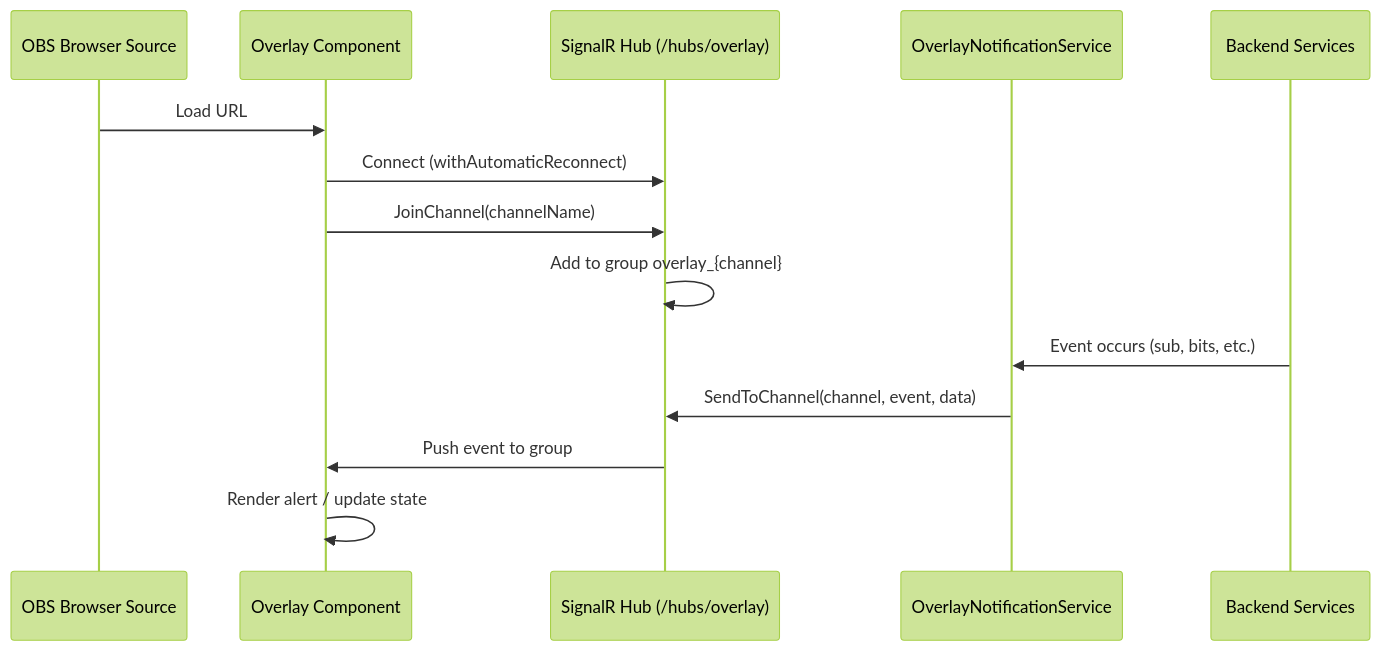
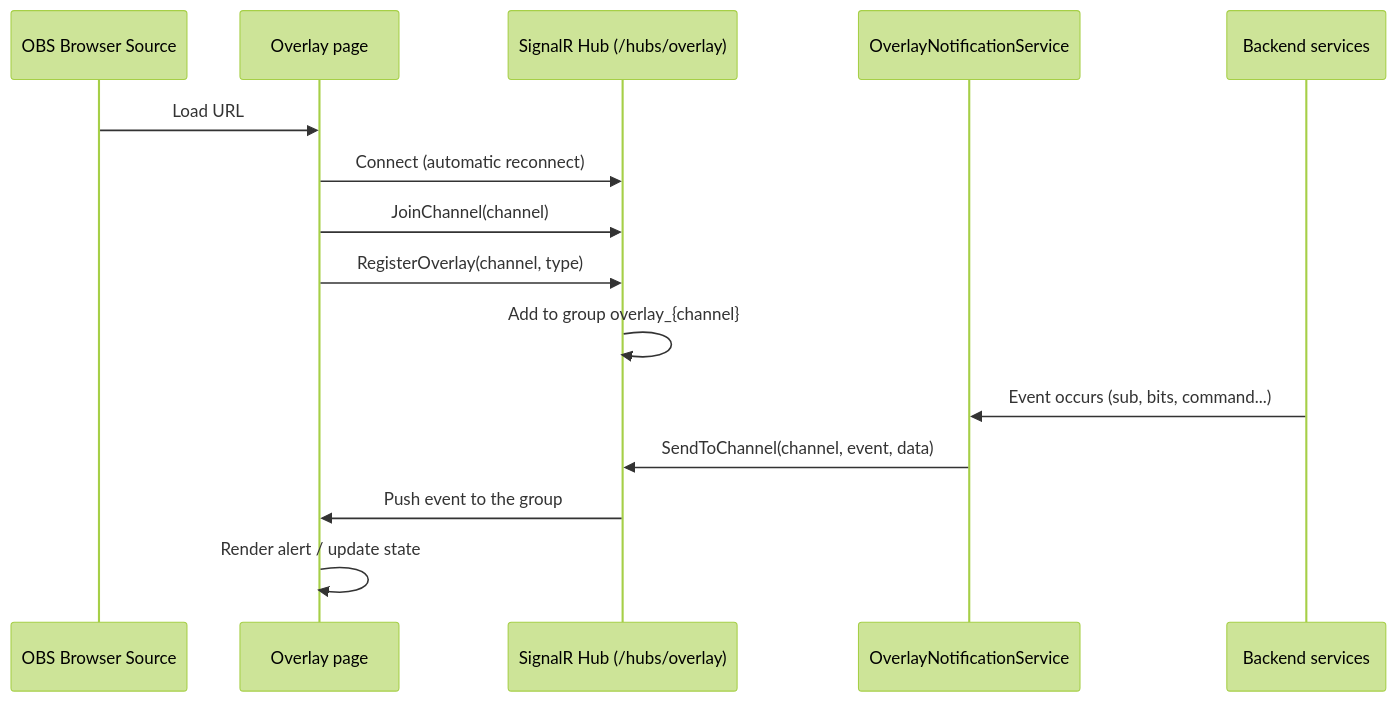
The second of 3 diagrams in docs/OVERLAYS.md (decatrondev/decatron), drawn with Mermaid (forest theme) before and after one commit. The commit also changed other lines of this file and 14 other files, not shown here.

Commit message:
Documentación de GitHub: docs/ revisados contra el código (EventSub por conduit, API pública v1, comandos, overlays, configuración, despliegue) y versión completa en español en docs/es

````diff
--- a/docs/OVERLAYS.md
+++ b/docs/OVERLAYS.md
@@ -619,18 +478,19 @@
 ```mermaid
 sequenceDiagram
     participant OBS as OBS Browser Source
-    participant Overlay as Overlay Component
+    participant Overlay as Overlay page
     participant Hub as SignalR Hub (/hubs/overlay)
     participant Service as OverlayNotificationService
-    participant Backend as Backend Services
+    participant Backend as Backend services
 
     OBS->>Overlay: Load URL
-    Overlay->>Hub: Connect (withAutomaticReconnect)
-    Overlay->>Hub: JoinChannel(channelName)
+    Overlay->>Hub: Connect (automatic reconnect)
+    Overlay->>Hub: JoinChannel(channel)
+    Overlay->>Hub: RegisterOverlay(channel, type)
     Hub->>Hub: Add to group overlay_{channel}
 
-    Backend->>Service: Event occurs (sub, bits, etc.)
+    Backend->>Service: Event occurs (sub, bits, command...)
     Service->>Hub: SendToChannel(channel, event, data)
-    Hub->>Overlay: Push event to group
+    Hub->>Overlay: Push event to the group
     Overlay->>Overlay: Render alert / update state
 ```
````
